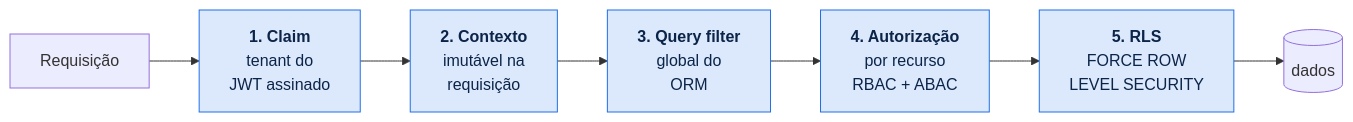
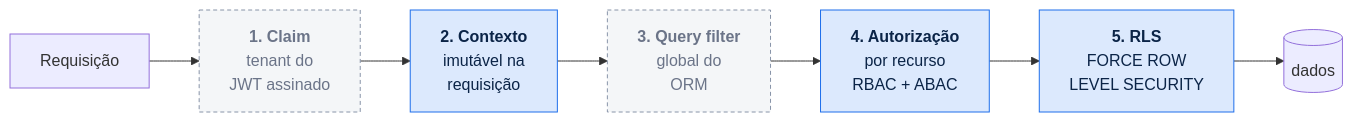
The fourth of 4 diagrams in README.md (volksec/0009098), drawn with Mermaid before and after one commit. The commit also changed other lines of this file and 1 other file, not shown here.

````diff
--- a/README.md
+++ b/README.md
@@ -846,11 +846,13 @@
 ```mermaid
 graph LR
     R["Requisição"] --> L1 --> L2 --> L3 --> L4 --> L5 --> DB[(dados)]
     L1["<b>1. Claim</b><br/>tenant do<br/>JWT assinado"]
     L2["<b>2. Contexto</b><br/>imutável na<br/>requisição"]
     L3["<b>3. Query filter</b><br/>global do<br/>ORM"]
     L4["<b>4. Autorização</b><br/>por recurso<br/>RBAC + ABAC"]
     L5["<b>5. RLS</b><br/>FORCE ROW<br/>LEVEL SECURITY"]
-    classDef l fill:#DCE9FD,stroke:#1F6FEB,color:#0B2447
-    class L1,L2,L3,L4,L5 l
+    classDef ativa fill:#DCE9FD,stroke:#1F6FEB,color:#0B2447
+    classDef dormente fill:#F4F6F8,stroke:#8894A8,color:#6B7488,stroke-dasharray:4 3
+    class L2,L4,L5 ativa
+    class L1,L3 dormente
 ```
````
